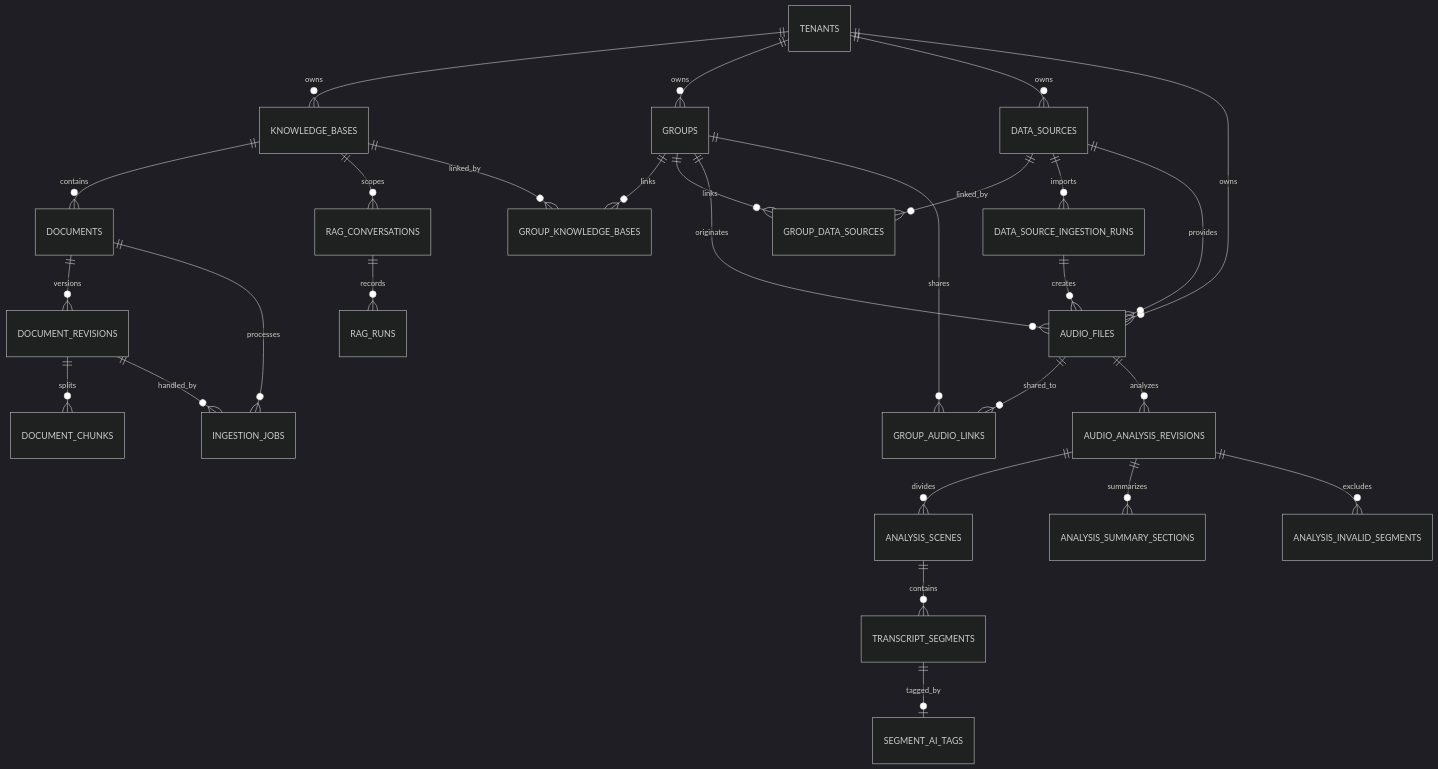
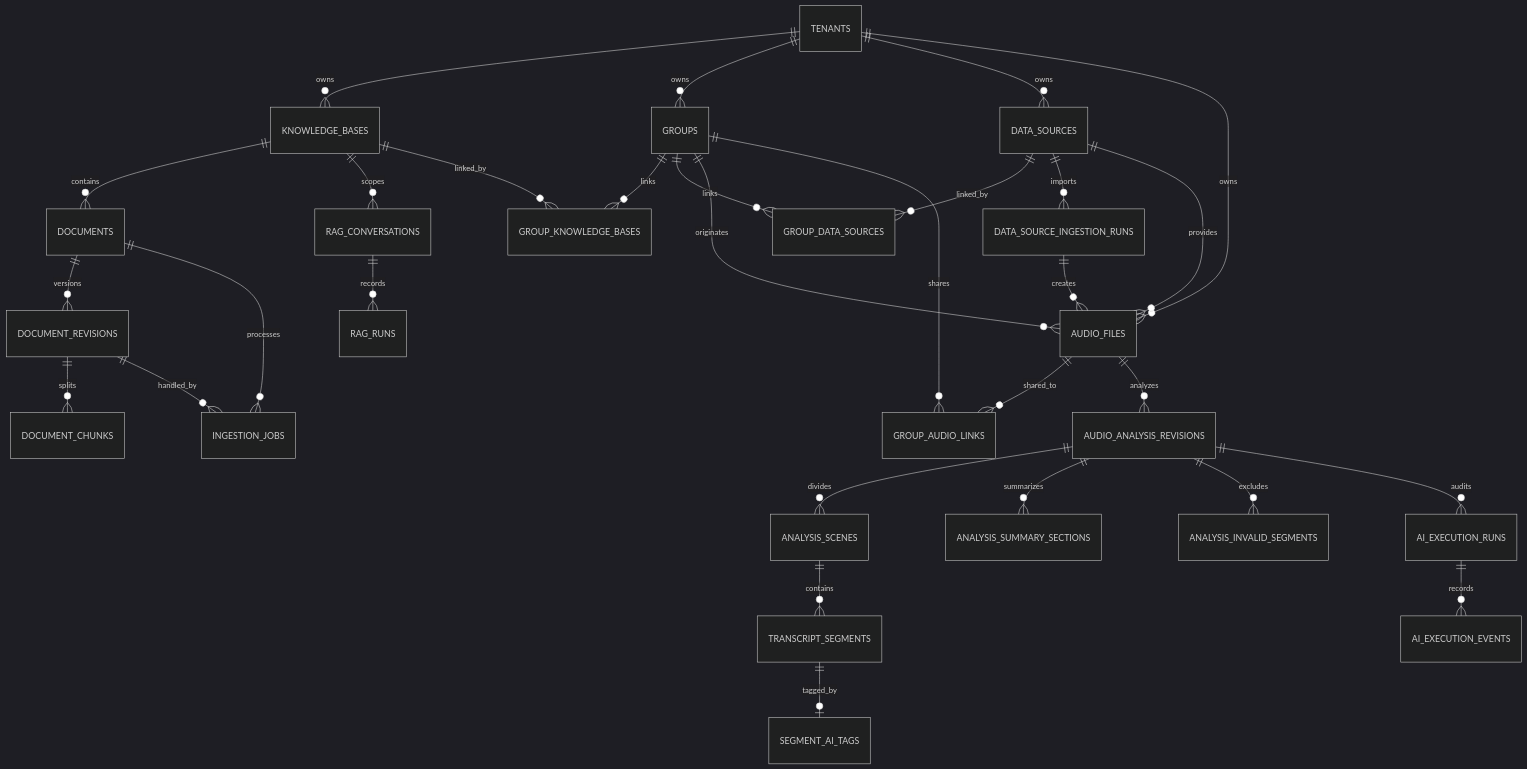
Before and after one commit to MetaBrain-Labs/EchoWave: the diagram in docs/database-schema.md, drawn with Mermaid (dark theme). The commit also changed other lines of this file and 23 other files, not shown here.

````diff
--- a/docs/database-schema.md
+++ b/docs/database-schema.md
@@ -17,37 +17,39 @@
 ```mermaid
 erDiagram
     TENANTS ||--o{ KNOWLEDGE_BASES : owns
     TENANTS ||--o{ GROUPS : owns
     TENANTS ||--o{ DATA_SOURCES : owns
     TENANTS ||--o{ AUDIO_FILES : owns
 
     KNOWLEDGE_BASES ||--o{ DOCUMENTS : contains
     DOCUMENTS ||--o{ DOCUMENT_REVISIONS : versions
     DOCUMENT_REVISIONS ||--o{ DOCUMENT_CHUNKS : splits
     DOCUMENTS ||--o{ INGESTION_JOBS : processes
     DOCUMENT_REVISIONS ||--o{ INGESTION_JOBS : handled_by
 
     KNOWLEDGE_BASES ||--o{ RAG_CONVERSATIONS : scopes
     RAG_CONVERSATIONS ||--o{ RAG_RUNS : records
 
     GROUPS ||--o{ GROUP_KNOWLEDGE_BASES : links
     KNOWLEDGE_BASES ||--o{ GROUP_KNOWLEDGE_BASES : linked_by
 
     GROUPS ||--o{ GROUP_DATA_SOURCES : links
     DATA_SOURCES ||--o{ GROUP_DATA_SOURCES : linked_by
 
     DATA_SOURCES ||--o{ DATA_SOURCE_INGESTION_RUNS : imports
     DATA_SOURCES ||--o{ AUDIO_FILES : provides
     DATA_SOURCE_INGESTION_RUNS ||--o{ AUDIO_FILES : creates
     GROUPS ||--o{ AUDIO_FILES : originates
 
     GROUPS ||--o{ GROUP_AUDIO_LINKS : shares
     AUDIO_FILES ||--o{ GROUP_AUDIO_LINKS : shared_to
 
     AUDIO_FILES ||--o{ AUDIO_ANALYSIS_REVISIONS : analyzes
     AUDIO_ANALYSIS_REVISIONS ||--o{ ANALYSIS_SCENES : divides
     ANALYSIS_SCENES ||--o{ TRANSCRIPT_SEGMENTS : contains
     TRANSCRIPT_SEGMENTS ||--o| SEGMENT_AI_TAGS : tagged_by
     AUDIO_ANALYSIS_REVISIONS ||--o{ ANALYSIS_SUMMARY_SECTIONS : summarizes
     AUDIO_ANALYSIS_REVISIONS ||--o{ ANALYSIS_INVALID_SEGMENTS : excludes
+    AUDIO_ANALYSIS_REVISIONS ||--o{ AI_EXECUTION_RUNS : audits
+    AI_EXECUTION_RUNS ||--o{ AI_EXECUTION_EVENTS : records
 ```
````
